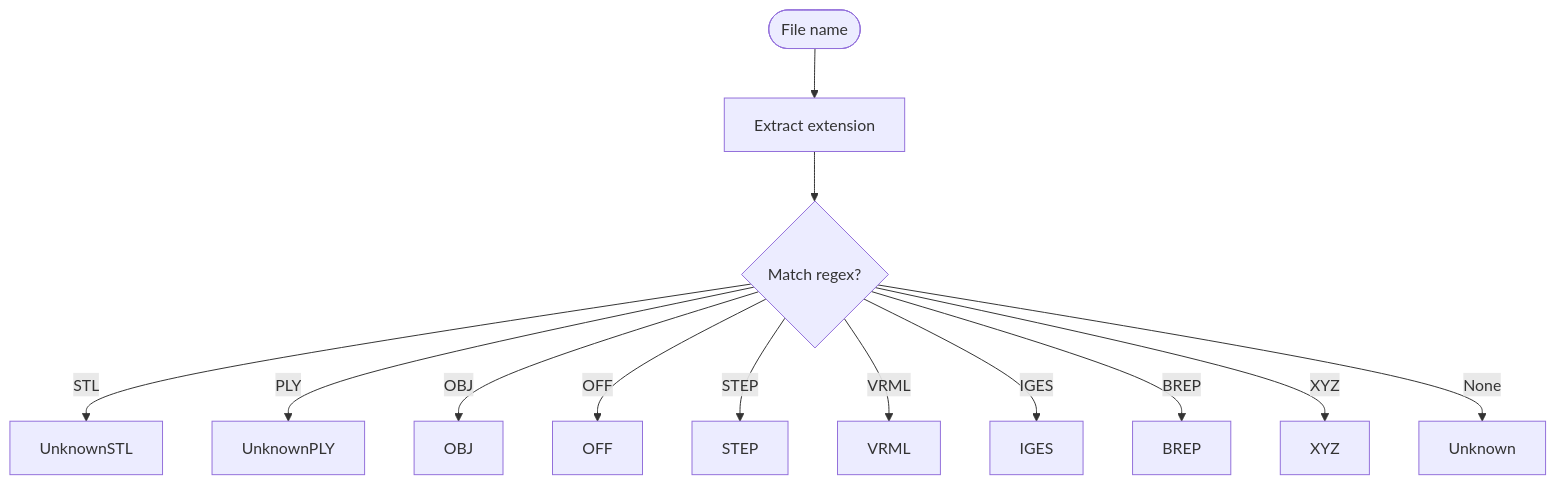
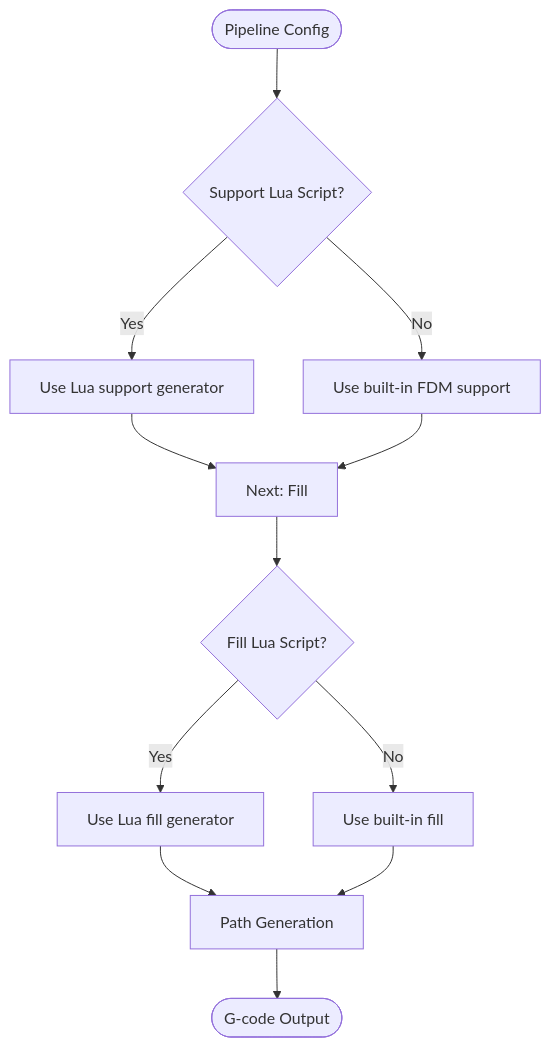
The third of 11 diagrams in .qoder/repowiki/en/content/Extension Development/Extension Development.md (hsmbanlance/HsBaSlicer), drawn with Mermaid before and after one commit. The commit also changed other lines of this file and 1095 other files, not shown here.

````diff
--- a/.qoder/repowiki/en/content/Extension Development/Extension Development.md
+++ b/.qoder/repowiki/en/content/Extension Development/Extension Development.md
@@ -227,15 +151,14 @@
 ```mermaid
 flowchart TD
-Start(["File name"]) --> Ext["Extract extension"]
-Ext --> Match{"Match regex?"}
-Match --> |STL| STL["UnknownSTL"]
-Match --> |PLY| PLY["UnknownPLY"]
-Match --> |OBJ| OBJ["OBJ"]
-Match --> |OFF| OFF["OFF"]
-Match --> |STEP| STEP["STEP"]
-Match --> |VRML| VRML["VRML"]
-Match --> |IGES| IGES["IGES"]
-Match --> |BREP| BREP["BREP"]
-Match --> |XYZ| XYZ["XYZ"]
-Match --> |None| Unknown["Unknown"]
+Start(["Pipeline Config"]) --> CheckSupport{"Support Lua Script?"}
+CheckSupport --> |Yes| UseLuaSupport["Use Lua support generator"]
+CheckSupport --> |No| UseBuiltInSupport["Use built-in FDM support"]
+UseLuaSupport --> NextFill["Next: Fill"]
+UseBuiltInSupport --> NextFill
+NextFill --> CheckFill{"Fill Lua Script?"}
+CheckFill --> |Yes| UseLuaFill["Use Lua fill generator"]
+CheckFill --> |No| UseBuiltInFill["Use built-in fill"]
+UseLuaFill --> PathGen["Path Generation"]
+UseBuiltInFill --> PathGen
+PathGen --> End(["G-code Output"])
 ```
````
